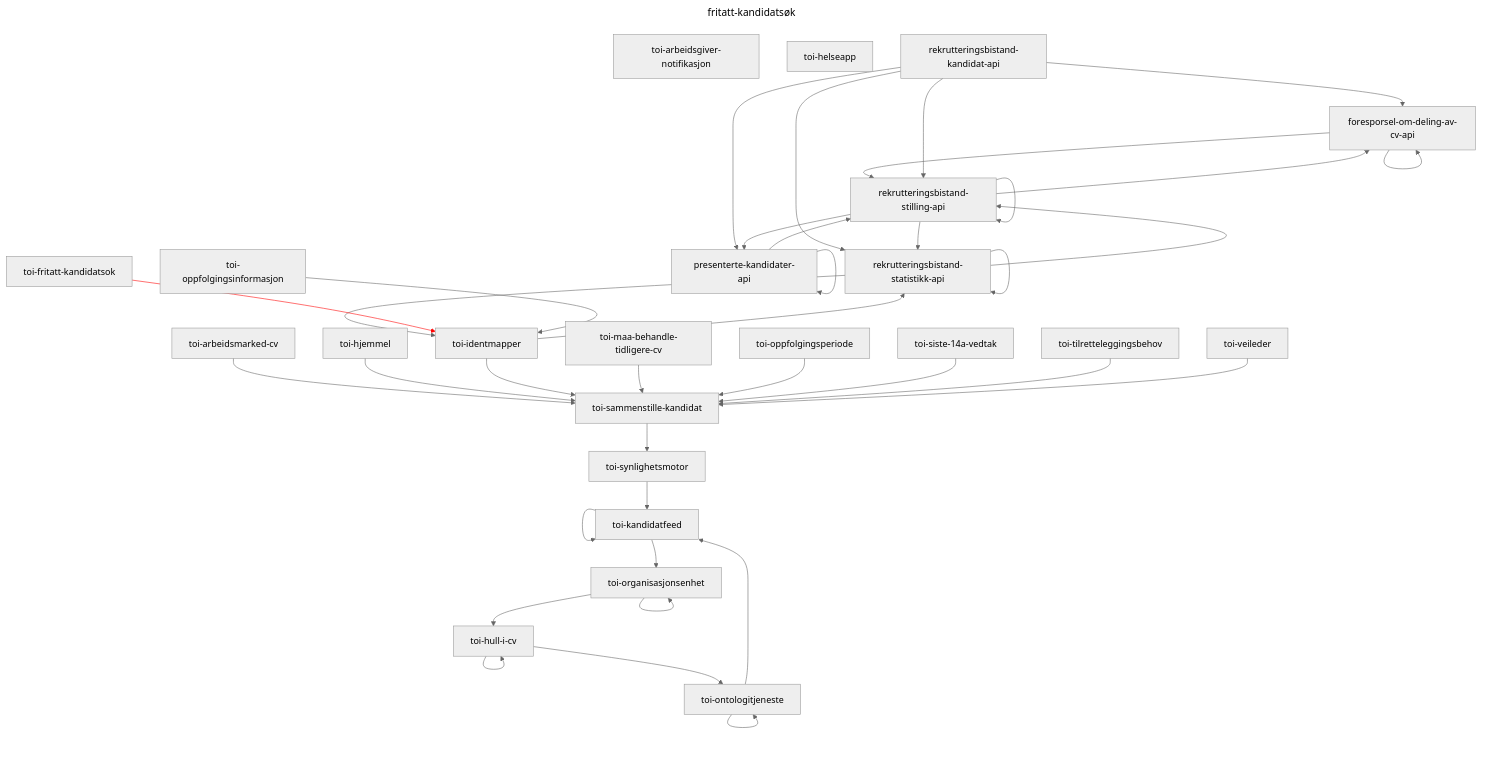
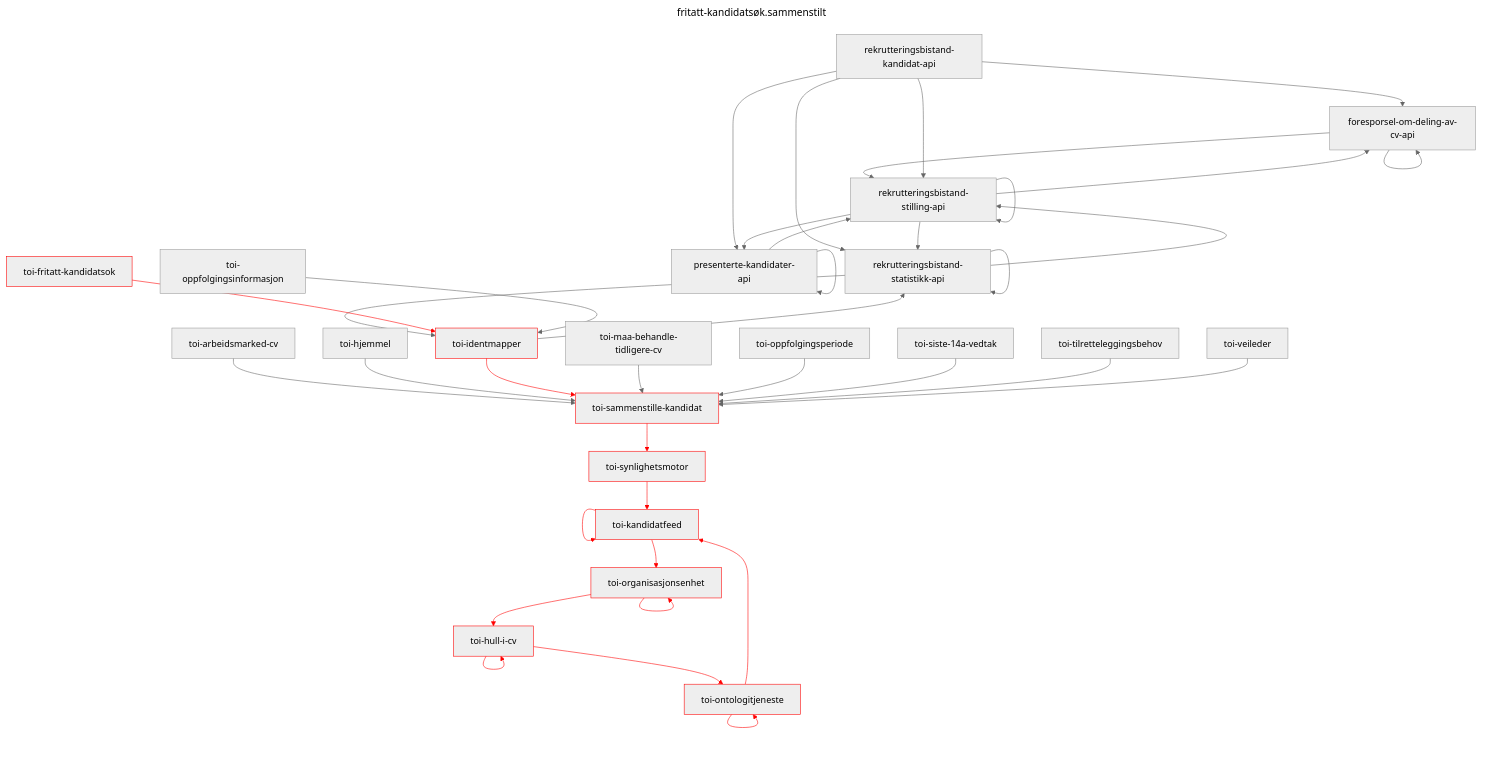
Before and after one commit to navikt/toi-rapids-and-rivers-grapher: the fifth of 34 diagrams in README.md, drawn with Mermaid (neutral theme). The commit also changed other lines of this file, not shown here.

````diff
--- a/README.md
+++ b/README.md
@@ -204,46 +178,45 @@
 ```mermaid
 ---
-title: fritatt-kandidatsøk
+title: fritatt-kandidatsøk.sammenstilt
 ---
 graph TD;
-toi-arbeidsgiver-notifikasjon;
-toi-helseapp;
 foresporsel-om-deling-av-cv-api --> foresporsel-om-deling-av-cv-api;
 foresporsel-om-deling-av-cv-api --> rekrutteringsbistand-stilling-api;
 presenterte-kandidater-api --> presenterte-kandidater-api;
 presenterte-kandidater-api --> rekrutteringsbistand-stilling-api;
 rekrutteringsbistand-kandidat-api --> foresporsel-om-deling-av-cv-api;
 rekrutteringsbistand-kandidat-api --> presenterte-kandidater-api;
 rekrutteringsbistand-kandidat-api --> rekrutteringsbistand-statistikk-api;
 rekrutteringsbistand-kandidat-api --> rekrutteringsbistand-stilling-api;
 rekrutteringsbistand-statistikk-api --> rekrutteringsbistand-statistikk-api;
 rekrutteringsbistand-statistikk-api --> rekrutteringsbistand-stilling-api;
 rekrutteringsbistand-statistikk-api --> toi-identmapper;
 rekrutteringsbistand-stilling-api --> foresporsel-om-deling-av-cv-api;
 rekrutteringsbistand-stilling-api --> presenterte-kandidater-api;
 rekrutteringsbistand-stilling-api --> rekrutteringsbistand-statistikk-api;
 rekrutteringsbistand-stilling-api --> rekrutteringsbistand-stilling-api;
 toi-arbeidsmarked-cv --> toi-sammenstille-kandidat;
-toi-fritatt-kandidatsok --> toi-identmapper;
+toi-fritatt-kandidatsok:::x --> toi-identmapper:::x;
 toi-hjemmel --> toi-sammenstille-kandidat;
-toi-hull-i-cv --> toi-hull-i-cv;
-toi-hull-i-cv --> toi-ontologitjeneste;
+toi-hull-i-cv:::x --> toi-hull-i-cv:::x;
+toi-hull-i-cv:::x --> toi-ontologitjeneste:::x;
 toi-identmapper --> rekrutteringsbistand-statistikk-api;
-toi-identmapper --> toi-sammenstille-kandidat;
-toi-kandidatfeed --> toi-kandidatfeed;
-toi-kandidatfeed --> toi-organisasjonsenhet;
+toi-identmapper:::x --> toi-sammenstille-kandidat:::x;
+toi-kandidatfeed:::x --> toi-kandidatfeed:::x;
+toi-kandidatfeed:::x --> toi-organisasjonsenhet:::x;
 toi-maa-behandle-tidligere-cv --> toi-sammenstille-kandidat;
-toi-ontologitjeneste --> toi-kandidatfeed;
-toi-ontologitjeneste --> toi-ontologitjeneste;
+toi-ontologitjeneste:::x --> toi-kandidatfeed:::x;
+toi-ontologitjeneste:::x --> toi-ontologitjeneste:::x;
 toi-oppfolgingsinformasjon --> toi-identmapper;
 toi-oppfolgingsperiode --> toi-sammenstille-kandidat;
-toi-organisasjonsenhet --> toi-hull-i-cv;
-toi-organisasjonsenhet --> toi-organisasjonsenhet;
-toi-sammenstille-kandidat --> toi-synlighetsmotor;
+toi-organisasjonsenhet:::x --> toi-hull-i-cv:::x;
+toi-organisasjonsenhet:::x --> toi-organisasjonsenhet:::x;
+toi-sammenstille-kandidat:::x --> toi-synlighetsmotor:::x;
 toi-siste-14a-vedtak --> toi-sammenstille-kandidat;
-toi-synlighetsmotor --> toi-kandidatfeed;
+toi-synlighetsmotor:::x --> toi-kandidatfeed:::x;
 toi-tilretteleggingsbehov --> toi-sammenstille-kandidat;
 toi-veileder --> toi-sammenstille-kandidat;
 
-linkStyle 16 stroke:red;
+linkStyle 16,18,19,21,22,23,25,26,29,30,31,33 stroke:red;
+classDef x stroke: red;
 ```
````
